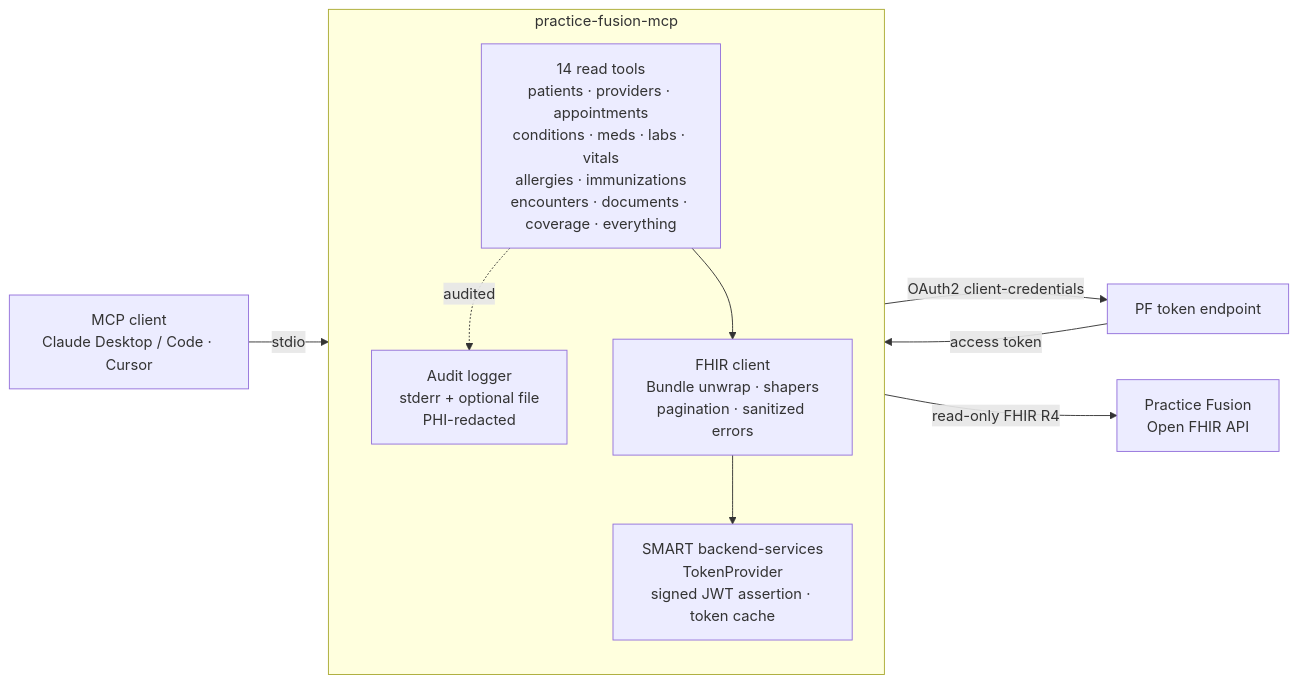
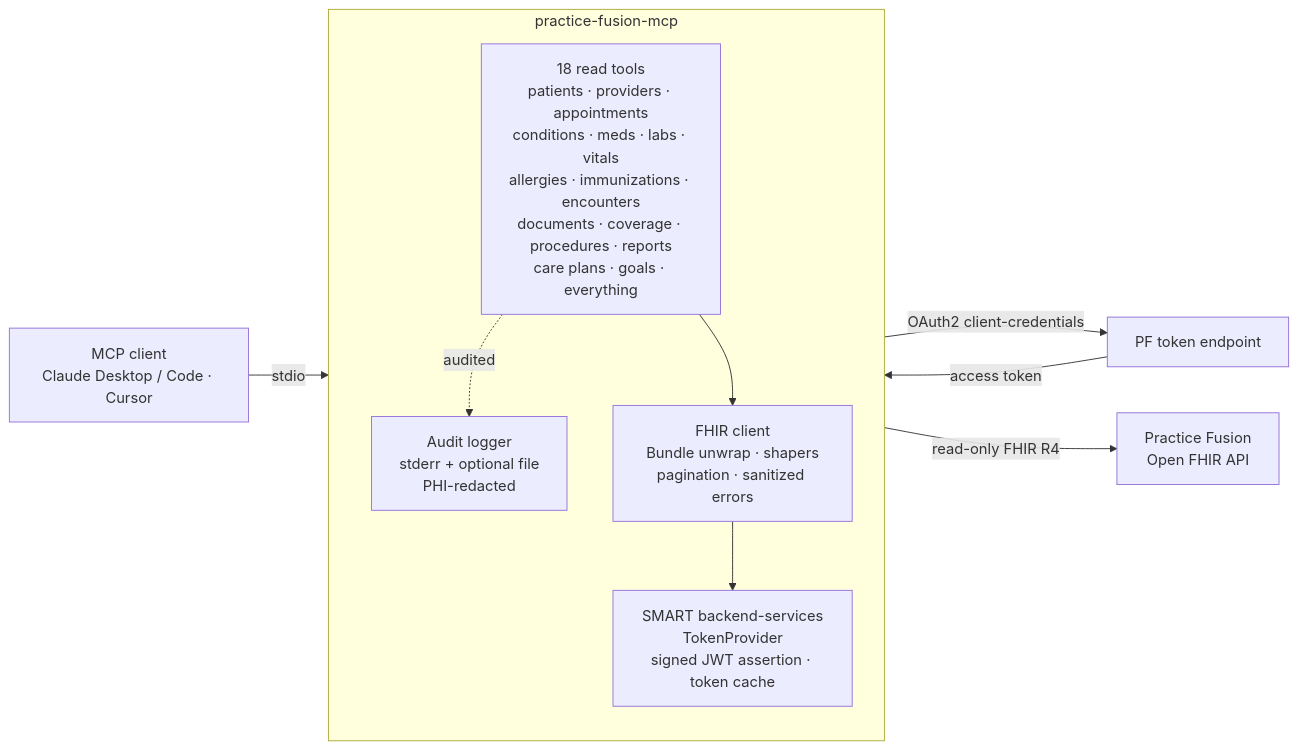
The diagram in README.md (CDVolvik/practice-fusion-mcp), drawn with Mermaid before and after one commit. The commit also changed other lines of this file and 9 other files, not shown here.

First line of the commit message:
feat: add procedure, diagnostic-report, care-plan, and goal tools

````diff
--- a/README.md
+++ b/README.md
@@ -36,19 +36,19 @@
 ```mermaid
 flowchart LR
     C["MCP client<br/>Claude Desktop / Code · Cursor"] -- stdio --> S
 
     subgraph S["practice-fusion-mcp"]
       direction TB
-      T["14 read tools<br/>patients · providers · appointments<br/>conditions · meds · labs · vitals<br/>allergies · immunizations<br/>encounters · documents · coverage · everything"]
+      T["18 read tools<br/>patients · providers · appointments<br/>conditions · meds · labs · vitals<br/>allergies · immunizations · encounters<br/>documents · coverage · procedures · reports<br/>care plans · goals · everything"]
       A["Audit logger<br/>stderr + optional file<br/>PHI-redacted"]
       F["FHIR client<br/>Bundle unwrap · shapers<br/>pagination · sanitized errors"]
       TP["SMART backend-services<br/>TokenProvider<br/>signed JWT assertion · token cache"]
       T -. audited .-> A
       T --> F
       F --> TP
     end
 
     TP -- "OAuth2 client-credentials" --> AUTH["PF token endpoint"]
     F -- "read-only FHIR R4" --> PF["Practice Fusion<br/>Open FHIR API"]
     AUTH -- access token --> F
 ```
````
